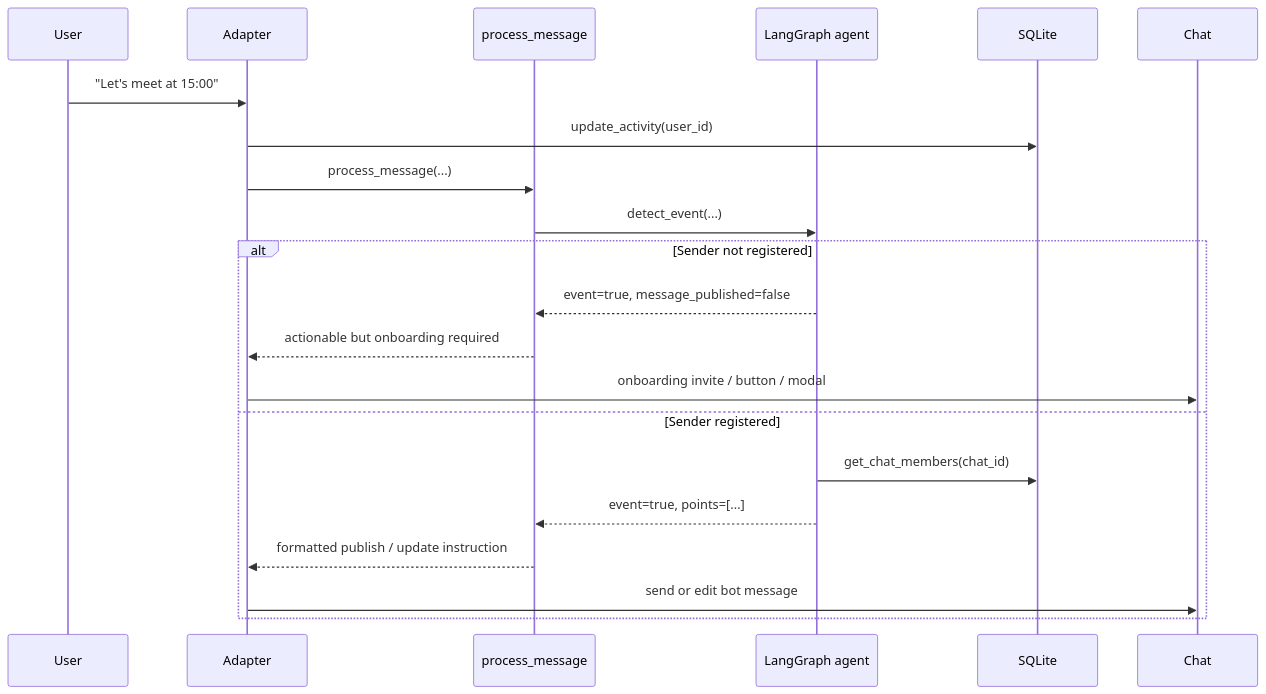
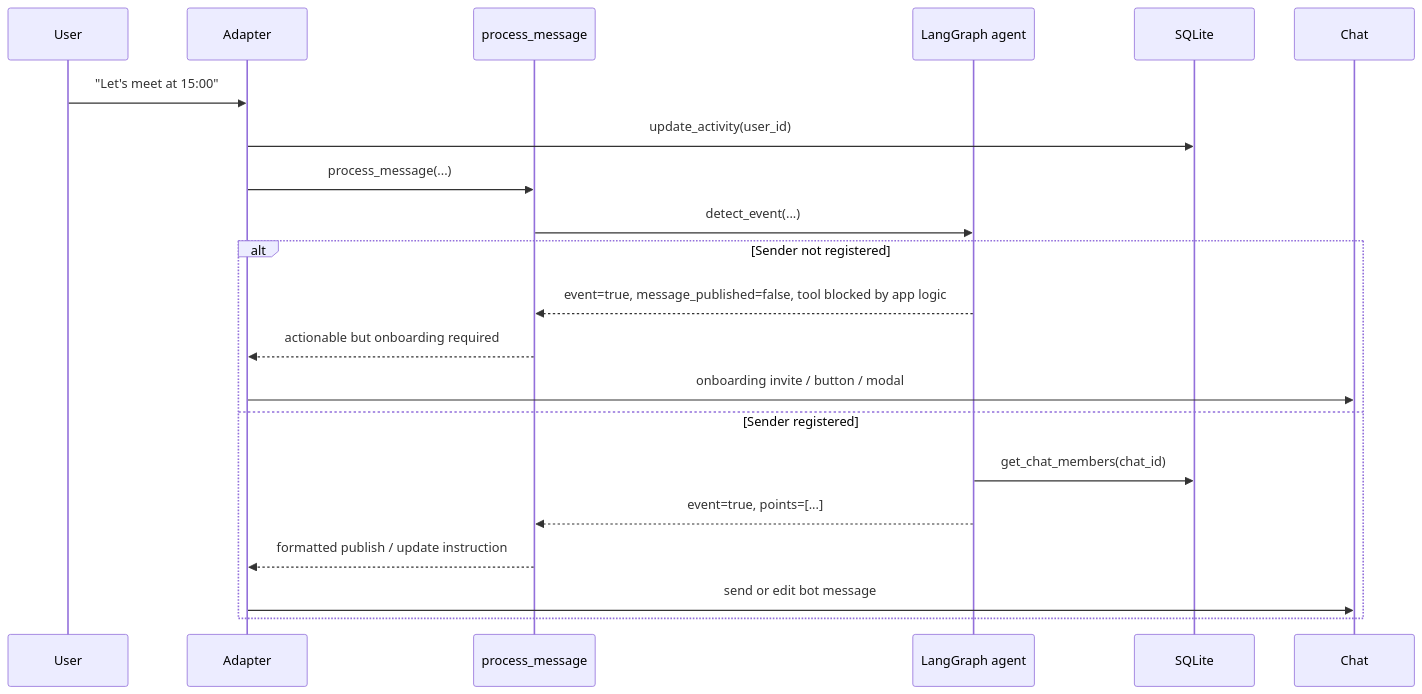
The second of 2 diagrams in journal/04_bot_logic.md (antlbn/Timezone_bot), drawn with Mermaid before and after one commit. The commit also changed other lines of this file and 22 other files, not shown here.

First line of the commit message:
Refactor LLM memory model and event detection architecture

````diff
--- a/journal/04_bot_logic.md
+++ b/journal/04_bot_logic.md
@@ -156,25 +155,25 @@
 ```mermaid
 sequenceDiagram
     participant User
     participant Adapter
     participant Core as process_message
     participant Agent as LangGraph agent
     participant DB as SQLite
     participant Chat
 
     User->>Adapter: "Let's meet at 15:00"
     Adapter->>DB: update_activity(user_id)
     Adapter->>Core: process_message(...)
     Core->>Agent: detect_event(...)
 
     alt Sender not registered
-        Agent-->>Core: event=true, message_published=false
+        Agent-->>Core: event=true, message_published=false, tool blocked by app logic
         Core-->>Adapter: actionable but onboarding required
         Adapter->>Chat: onboarding invite / button / modal
     else Sender registered
         Agent->>DB: get_chat_members(chat_id)
         Agent-->>Core: event=true, points=[...]
         Core-->>Adapter: formatted publish / update instruction
         Adapter->>Chat: send or edit bot message
     end
 ```
````
